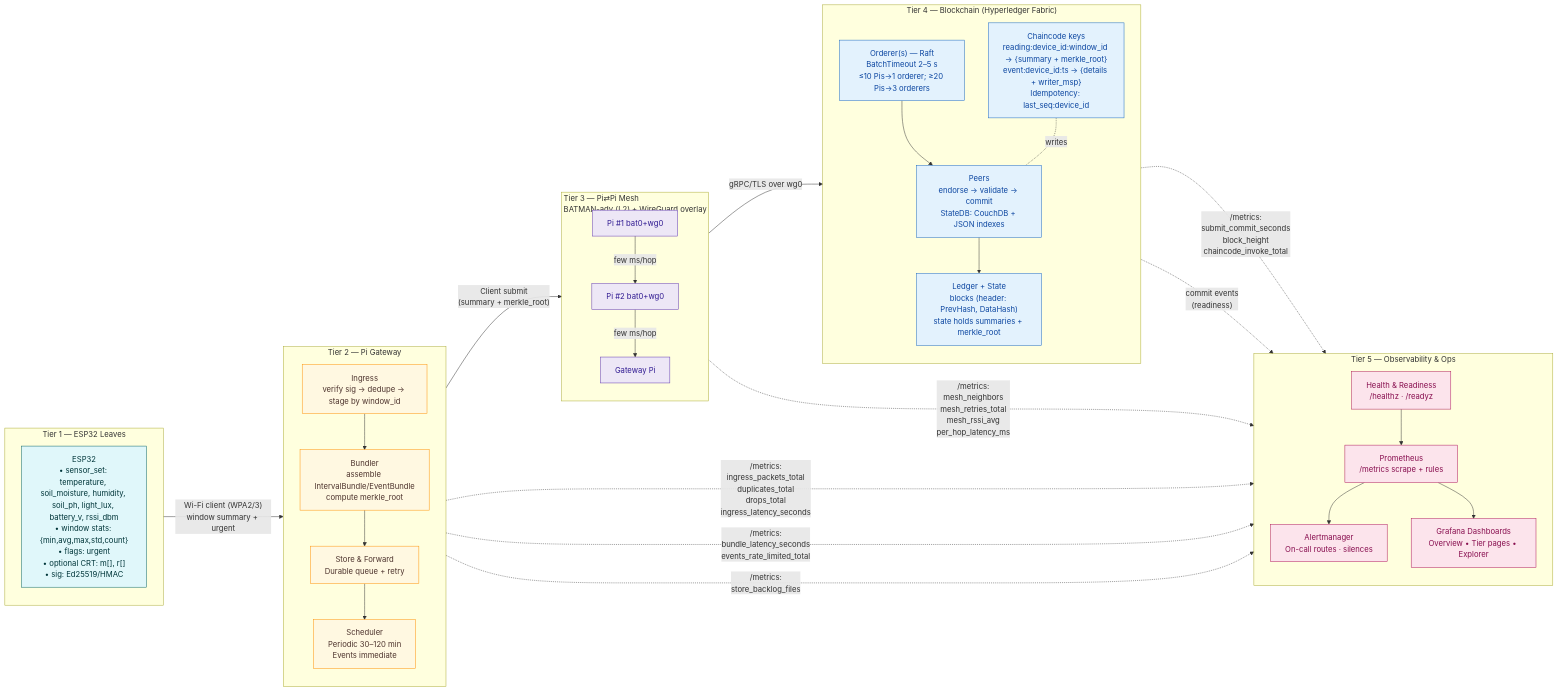
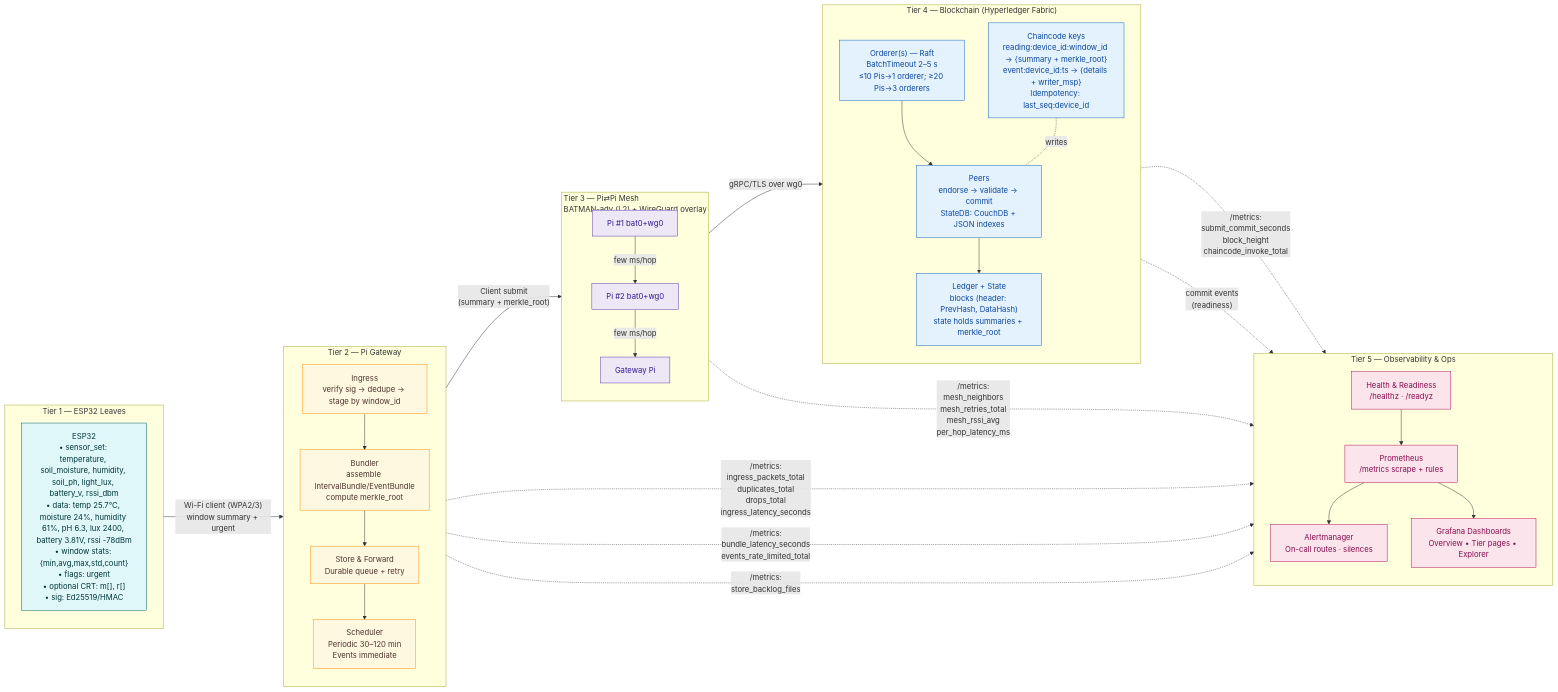
One commit to forchag/hyperledger changed the first of 6 diagrams in mermaid diagram/figure1_three_tier_system_architecture.md. Above: the diagram before and after it, drawn with Mermaid.

Commit message:
docs: add sample sensor data to leaf node

````diff
--- a/mermaid diagram/figure1_three_tier_system_architecture.md
+++ b/mermaid diagram/figure1_three_tier_system_architecture.md
@@ -18,71 +18,71 @@
 ```mermaid
 flowchart LR
   %% ========== FIVE-TIER, END-TO-END ==========
   %% LAYOUT
   %% Left→Right: Tier 1 (ESP32) → Tier 2 (Pi GW) → Tier 3 (Mesh) → Tier 4 (Fabric) → Tier 5 (Obs)
 
   %% -------- TIER 1: ESP32 LEAVES --------
   subgraph T1["Tier 1 — ESP32 Leaves"]
     direction TB
-    L1["ESP32\n• sensor_set: temperature, soil_moisture, humidity, soil_ph, light_lux, battery_v, rssi_dbm\n• window stats: {min,avg,max,std,count}\n• flags: urgent\n• optional CRT: m[], r[]\n• sig: Ed25519/HMAC"]:::t1
+    L1["ESP32\n• sensor_set: temperature, soil_moisture, humidity, soil_ph, light_lux, battery_v, rssi_dbm\n• data: temp 25.7°C, moisture 24%, humidity 61%, pH 6.3, lux 2400, battery 3.81V, rssi -78dBm\n• window stats: {min,avg,max,std,count}\n• flags: urgent\n• optional CRT: m[], r[]\n• sig: Ed25519/HMAC"]:::t1
   end
 
   %% -------- TIER 2: PI GATEWAY (INGRESS → BUNDLER) --------
   subgraph T2["Tier 2 — Pi Gateway"]
     direction TB
     IN["Ingress\nverify sig → dedupe → stage by window_id"]:::t2
     BN["Bundler\nassemble IntervalBundle/EventBundle\ncompute merkle_root"]:::t2
     SF["Store & Forward\nDurable queue + retry"]:::t2
     SCH["Scheduler\nPeriodic 30–120 min\nEvents immediate"]:::t2
     IN --> BN --> SF --> SCH
   end
 
   %% -------- TIER 3: PI⇄PI MESH --------
   subgraph T3["Tier 3 — Pi⇄Pi Mesh\nBATMAN-adv (L2) + WireGuard overlay"]
     direction TB
     P1["Pi #1 bat0+wg0"]:::t3 -->|"few ms/hop"| P2["Pi #2 bat0+wg0"]:::t3 -->|"few ms/hop"| GW["Gateway Pi"]:::t3
   end
 
   %% -------- TIER 4: HYPERLEDGER FABRIC --------
   subgraph T4["Tier 4 — Blockchain (Hyperledger Fabric)"]
     direction TB
     ORD["Orderer(s) — Raft\nBatchTimeout 2–5 s\n≤10 Pis→1 orderer; ≥20 Pis→3 orderers"]:::t4
     PEER["Peers\nendorse → validate → commit\nStateDB: CouchDB + JSON indexes"]:::t4
     CC["Chaincode keys\nreading:device_id:window_id → {summary + merkle_root}\nevent:device_id:ts → {details + writer_msp}\nIdempotency: last_seq:device_id"]:::t4
     LEDGER["Ledger + State\nblocks (header: PrevHash, DataHash)\nstate holds summaries + merkle_root"]:::t4
     ORD --> PEER --> LEDGER
     CC -. writes .- PEER
   end
 
   %% -------- TIER 5: OBSERVABILITY --------
   subgraph T5["Tier 5 — Observability & Ops"]
     direction TB
     HZ["Health & Readiness\n/healthz · /readyz"]:::t5
     PR["Prometheus\n/metrics scrape + rules"]:::t5
     GF["Grafana Dashboards\nOverview • Tier pages • Explorer"]:::t5
     AM["Alertmanager\nOn-call routes · silences"]:::t5
     PR --> AM
     PR --> GF
     HZ --> PR
   end
 
   %% -------- DATA FLOW (LEFT→RIGHT) --------
   L1 -->|"Wi-Fi client (WPA2/3)\nwindow summary + urgent"| IN
   SCH -->|"Client submit\n(summary + merkle_root)"| P1
   GW -->|"gRPC/TLS over wg0"| ORD
 
   %% -------- OBSERVABILITY FEEDS --------
   IN -. "/metrics:\ningress_packets_total\nduplicates_total\ndrops_total\ningress_latency_seconds" .-> PR
   BN -. "/metrics:\nbundle_latency_seconds\nevents_rate_limited_total" .-> PR
   SF -. "/metrics:\nstore_backlog_files" .-> PR
   T3 -. "/metrics:\nmesh_neighbors\nmesh_retries_total\nmesh_rssi_avg\nper_hop_latency_ms" .-> PR
   PEER -. "/metrics:\nsubmit_commit_seconds\nblock_height\nchaincode_invoke_total" .-> PR
   PEER -. "commit events\n(readiness)" .-> HZ
 
   %% -------- STYLES --------
   classDef t1 fill:#e0f7fa,stroke:#006064,color:#00363a;
   classDef t2 fill:#fff8e1,stroke:#ff8f00,color:#4e342e;
   classDef t3 fill:#ede7f6,stroke:#5e35b1,color:#311b92;
   classDef t4 fill:#e3f2fd,stroke:#1565c0,color:#0d47a1;
   classDef t5 fill:#fce4ec,stroke:#ad1457,color:#880e4f;
 ```
````
